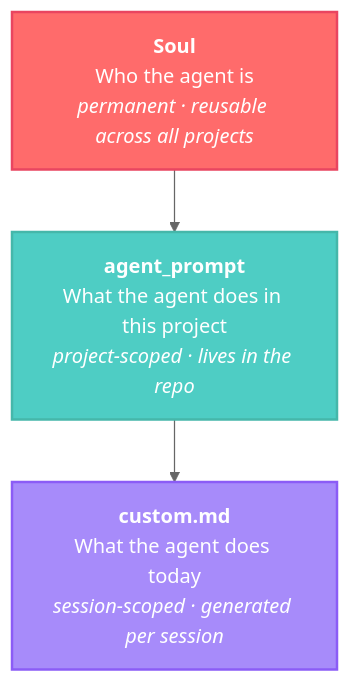
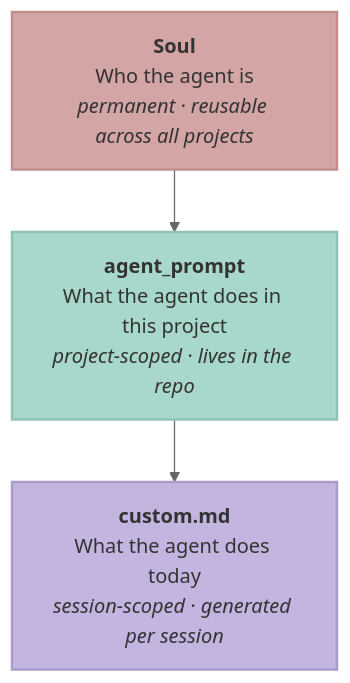
The first of 5 diagrams in README.md (block3-io/block3-start), drawn with Mermaid (neutral theme) before and after one commit. The commit also changed other lines of this file, not shown here.

Commit message:
Unify all diagrams to pastel palette

````diff
--- a/README.md
+++ b/README.md
@@ -29,12 +29,12 @@
 ```mermaid
 graph TD
     S["<b>Soul</b><br/>Who the agent is<br/><i>permanent · reusable across all projects</i>"]
     AP["<b>agent_prompt</b><br/>What the agent does in this project<br/><i>project-scoped · lives in the repo</i>"]
     C["<b>custom.md</b><br/>What the agent does today<br/><i>session-scoped · generated per session</i>"]
 
     S --> AP --> C
 
-    style S fill:#ff6b6b,stroke:#e94560,color:#fff,stroke-width:2px
-    style AP fill:#4ecdc4,stroke:#45b7aa,color:#fff,stroke-width:2px
-    style C fill:#a78bfa,stroke:#8b5cf6,color:#fff,stroke-width:2px
+    style S fill:#d4a5a5,stroke:#c48e8e,color:#333,stroke-width:2px
+    style AP fill:#a8d8cb,stroke:#8ec4b5,color:#333,stroke-width:2px
+    style C fill:#c4b5e0,stroke:#ab9ccb,color:#333,stroke-width:2px
 ```
````
